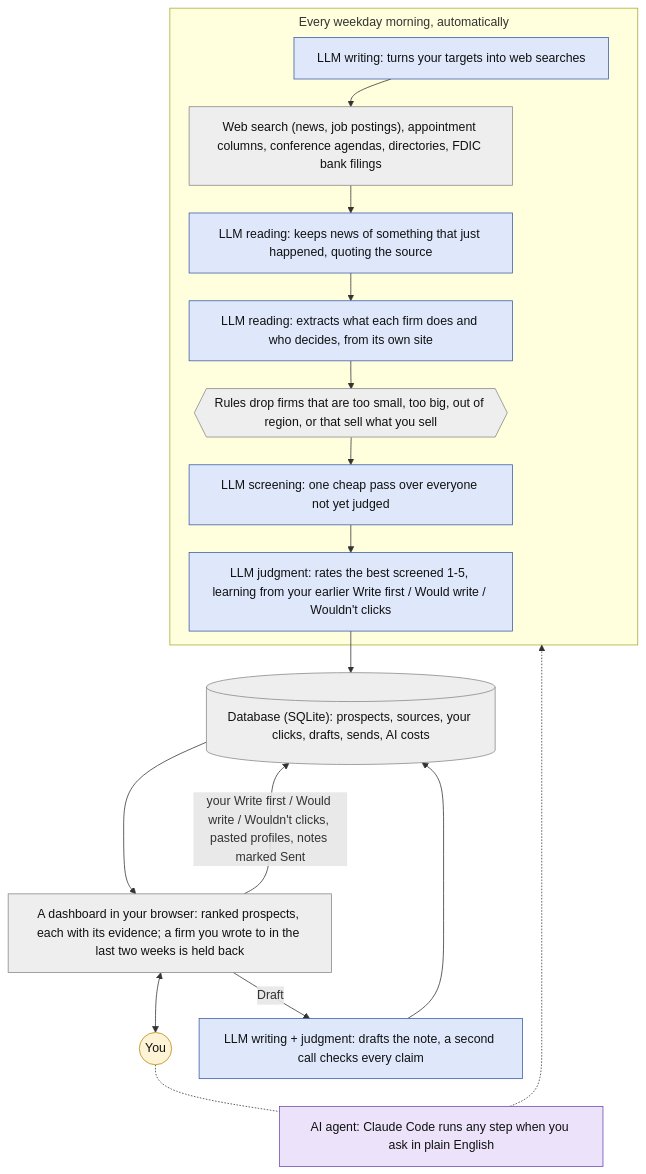
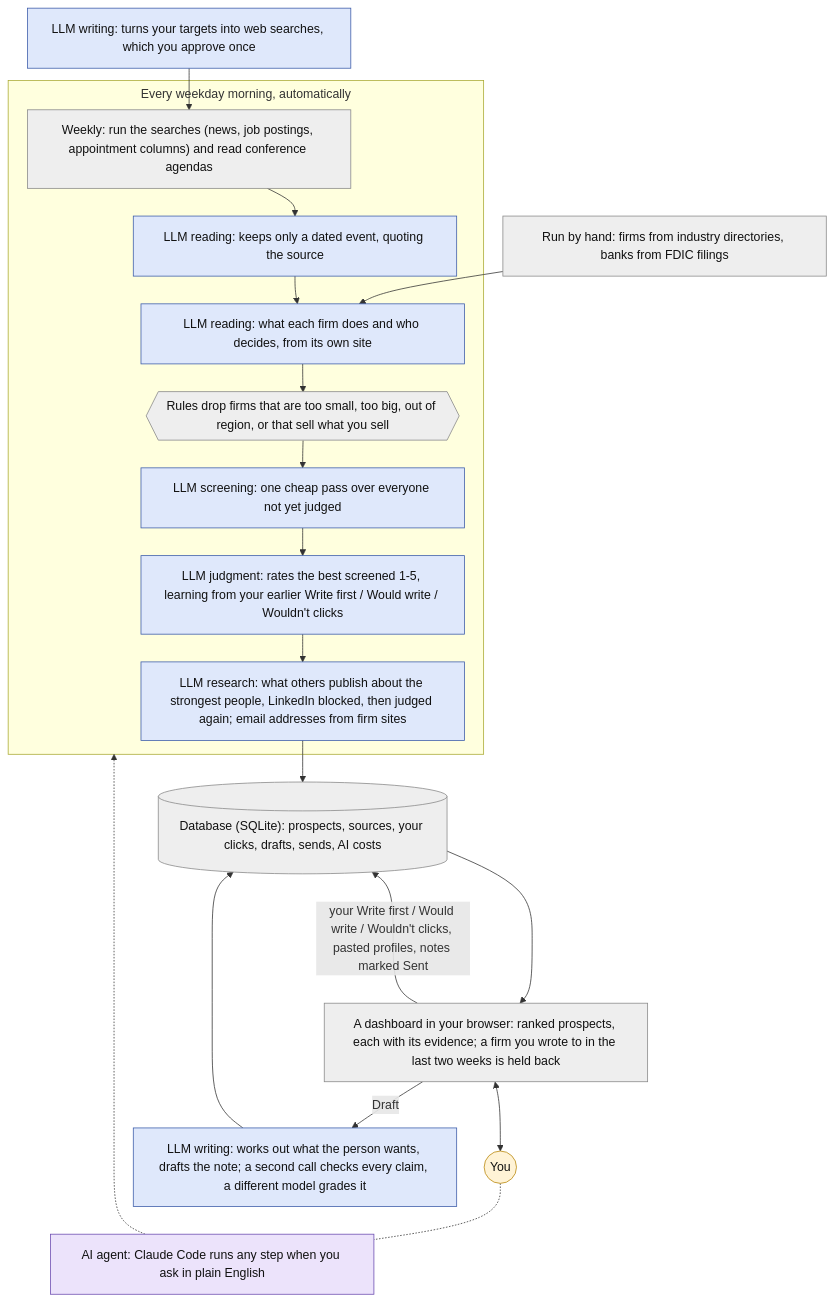
One commit to joehahn/prospect-scanner changed the diagram in README.md. Above: the diagram before and after it, drawn with Mermaid. The commit also changed other lines of this file, not shown here.

Commit message:
README diagram shows when each step runs, the research step and the grader
The searches run weekly and are approved once; directories and FDIC filings
are run by hand; the morning ends with research and addresses; a draft is
checked and graded. The legend names the judge's model, and the intro says
what was hours of reading is now minutes of deciding.

````diff
--- a/README.md
+++ b/README.md
@@ -41,27 +41,31 @@
 ```mermaid
 %%{init: {'flowchart': {'wrappingWidth': 360, 'nodeSpacing': 30, 'rankSpacing': 36, 'subGraphTitleMargin': {'top': 6, 'bottom': 14}}}}%%
 flowchart TD
+  Q["LLM writing: turns your targets into web searches, which you approve once"]:::ai
+  M["Run by hand: firms from industry directories, banks from FDIC filings"]:::code
   subgraph daily["Every weekday morning, automatically"]
-    Q["LLM writing: turns your targets into web searches"]:::ai
-    W["Web search (news, job postings), appointment columns, conference agendas, directories, FDIC bank filings"]:::code
-    K["LLM reading: keeps news of something that just happened, quoting the source"]:::ai
-    V["LLM reading: extracts what each firm does and who decides, from its own site"]:::ai
+    W["Weekly: run the searches (news, job postings, appointment columns) and read conference agendas"]:::code
+    K["LLM reading: keeps only a dated event, quoting the source"]:::ai
+    V["LLM reading: what each firm does and who decides, from its own site"]:::ai
     G{{"Rules drop firms that are too small, too big, out of region, or that sell what you sell"}}:::code
     S["LLM screening: one cheap pass over everyone not yet judged"]:::ai
     J["LLM judgment: rates the best screened 1-5, learning from your earlier Write first / Would write / Wouldn't clicks"]:::ai
-    Q --> W --> K --> V --> G --> S --> J
+    X["LLM research: what others publish about the strongest people, LinkedIn blocked, then judged again; email addresses from firm sites"]:::ai
+    W --> K --> V --> G --> S --> J --> X
   end
-  J --> R[("Database (SQLite): prospects, sources, your clicks, drafts, sends, AI costs")]:::code
+  Q --> W
+  M --> V
+  X --> R[("Database (SQLite): prospects, sources, your clicks, drafts, sends, AI costs")]:::code
   R ---> P["A dashboard in your browser: ranked prospects, each with its evidence; a firm you wrote to in the last two weeks is held back"]:::code
   P <--> Y(("You")):::you
   P -- "your Write first / Would write / Wouldn't clicks, pasted profiles, notes marked Sent" ---> R
-  P -- "Draft" --> D["LLM writing + judgment: drafts the note, a second call checks every claim"]:::ai
+  P -- "Draft" --> D["LLM writing: works out what the person wants, drafts the note; a second call checks every claim, a different model grades it"]:::ai
   D --> R
   C["AI agent: Claude Code runs any step when you ask in plain English"]:::agent
   Y -.- C
   C -.-> daily
   classDef ai fill:#dfe8fb,stroke:#3b5ba9,color:#111
   classDef agent fill:#ece3fb,stroke:#6b4bb0,color:#111
   classDef code fill:#eeeeee,stroke:#888888,color:#111
   classDef you fill:#fff3d6,stroke:#b8860b,color:#111
 ```
````
